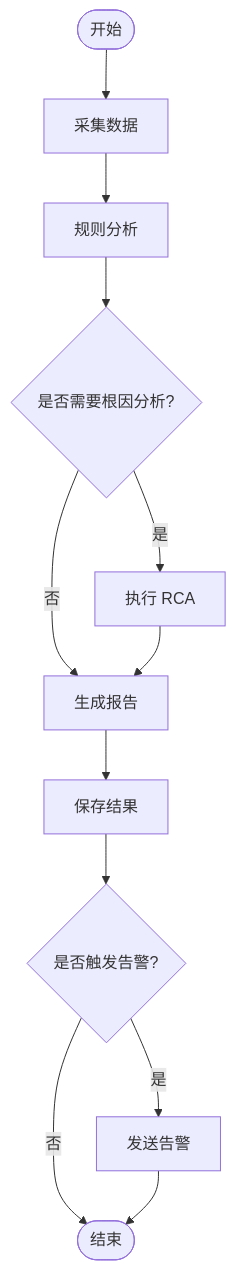
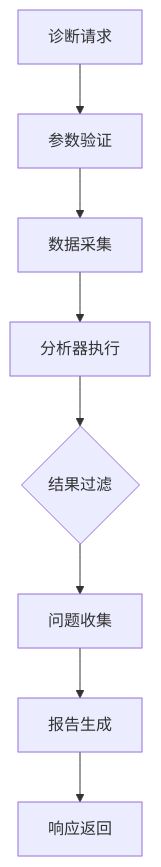
The sixth of 9 diagrams in .qoder/repowiki/zh/content/系统架构/系统架构.md (kudig-io/klaw), drawn with Mermaid before and after one commit. The commit also changed other lines of this file and 245 other files, not shown here.

````diff
--- a/.qoder/repowiki/zh/content/系统架构/系统架构.md
+++ b/.qoder/repowiki/zh/content/系统架构/系统架构.md
@@ -221,14 +324,10 @@
 ```mermaid
 flowchart TD
-Start(["开始"]) --> Collect["采集数据"]
-Collect --> Analyze["规则分析"]
-Analyze --> RCA{"是否需要根因分析?"}
-RCA --> |是| RCAExec["执行 RCA"]
-RCA --> |否| Report["生成报告"]
-RCAExec --> Report
-Report --> Save["保存结果"]
-Save --> Notify{"是否触发告警?"}
-Notify --> |是| Alert["发送告警"]
-Notify --> |否| End(["结束"])
-Alert --> End
+Request["诊断请求"] --> Validate["参数验证"]
+Validate --> Collect["数据采集"]
+Collect --> Analyze["分析器执行"]
+Analyze --> Filter{"结果过滤"}
+Filter --> Issues["问题收集"]
+Issues --> Report["报告生成"]
+Report --> Response["响应返回"]
 ```
````
